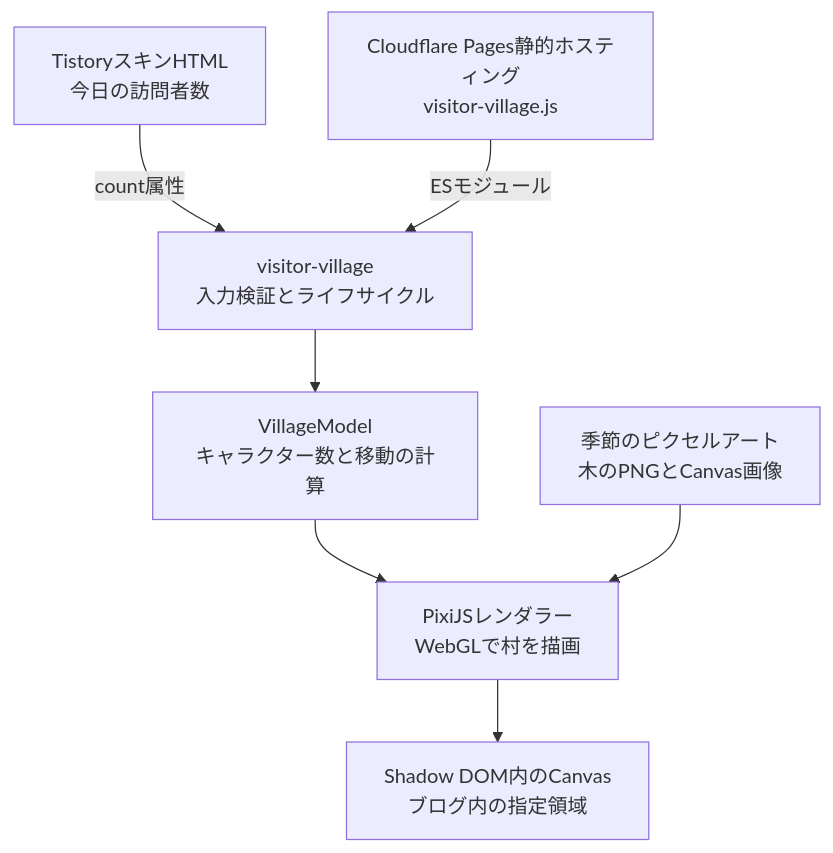
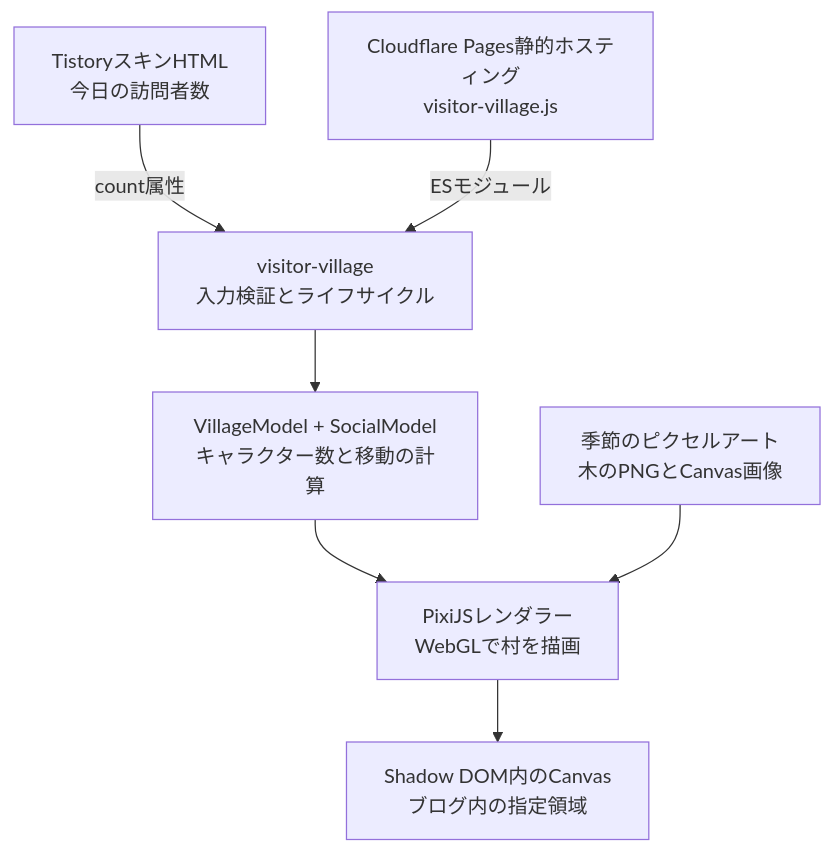
One commit to hyunolike/pixel-visitor-village changed the diagram in README.ja.md. Above: the diagram before and after it, drawn with Mermaid. The commit also changed other lines of this file and 104 other files, not shown here.

````diff
--- a/README.ja.md
+++ b/README.ja.md
@@ -87,9 +92,9 @@
 ```mermaid
 flowchart TD
     T["TistoryスキンHTML<br/>今日の訪問者数"] -->|count属性| W["visitor-village<br/>入力検証とライフサイクル"]
     V["Cloudflare Pages静的ホスティング<br/>visitor-village.js"] -->|ESモジュール| W
-    W --> M["VillageModel<br/>キャラクター数と移動の計算"]
+    W --> M["VillageModel + SocialModel<br/>キャラクター数と移動の計算"]
     M --> R["PixiJSレンダラー<br/>WebGLで村を描画"]
     A["季節のピクセルアート<br/>木のPNGとCanvas画像"] --> R
     R --> C["Shadow DOM内のCanvas<br/>ブログ内の指定領域"]
 ```
````
